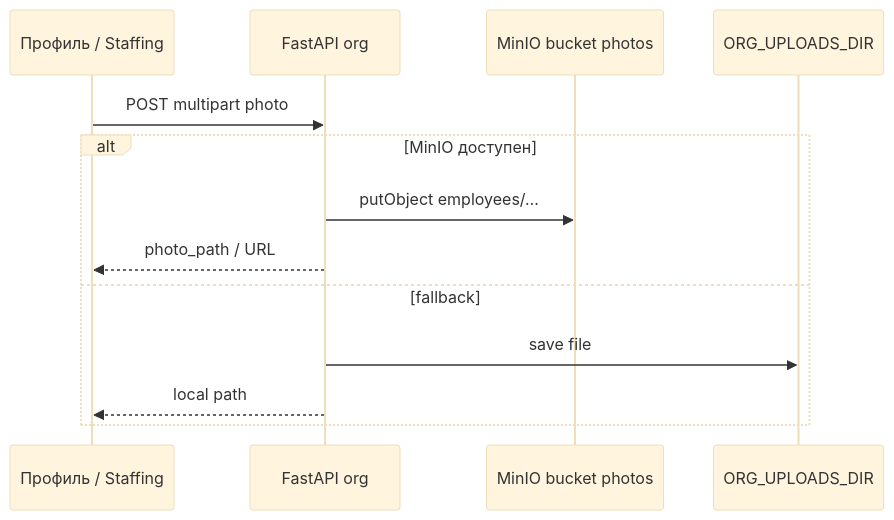
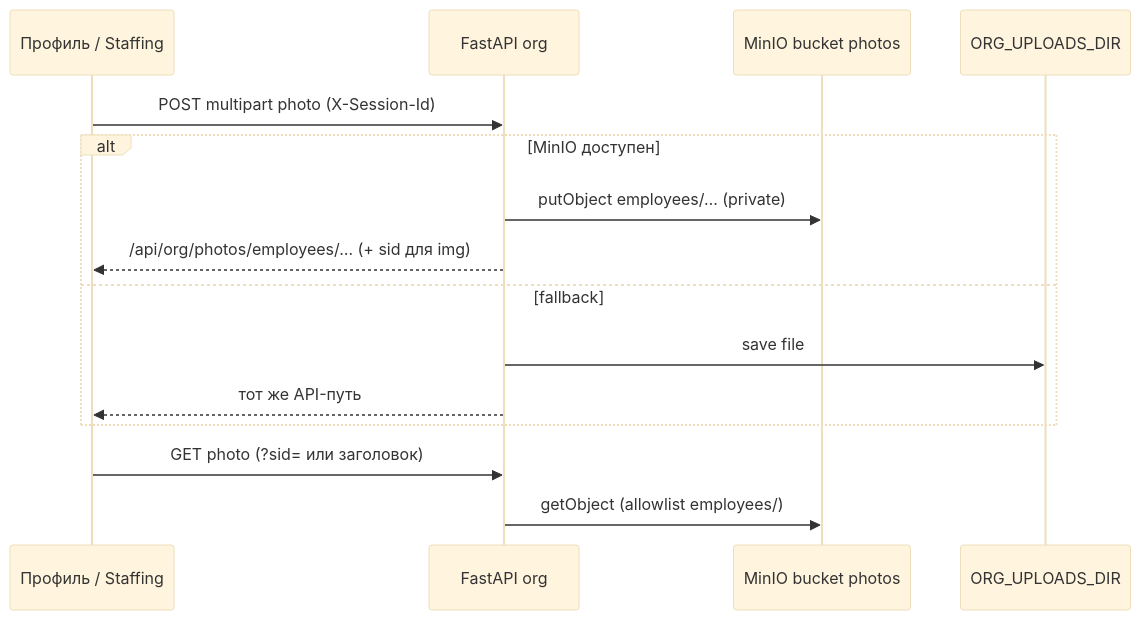
The ninth of 9 diagrams in docs/diagrams.md (volchonok16/reporting), drawn with Mermaid (base theme) before and after one commit. The commit also changed other lines of this file and 583 other files, not shown here.

````diff
--- a/docs/diagrams.md
+++ b/docs/diagrams.md
@@ -390,16 +366,18 @@
 ```mermaid
 sequenceDiagram
     participant UI as Профиль / Staffing
     participant API as FastAPI org
     participant M as MinIO bucket photos
     participant FS as ORG_UPLOADS_DIR
 
-    UI->>API: POST multipart photo
+    UI->>API: POST multipart photo (X-Session-Id)
     alt MinIO доступен
-        API->>M: putObject employees/…
-        API-->>UI: photo_path / URL
+        API->>M: putObject employees/… (private)
+        API-->>UI: /api/org/photos/employees/… (+ sid для img)
     else fallback
         API->>FS: save file
-        API-->>UI: local path
+        API-->>UI: тот же API-путь
     end
+    UI->>API: GET photo (?sid= или заголовок)
+    API->>M: getObject (allowlist employees/)
 ```
````
